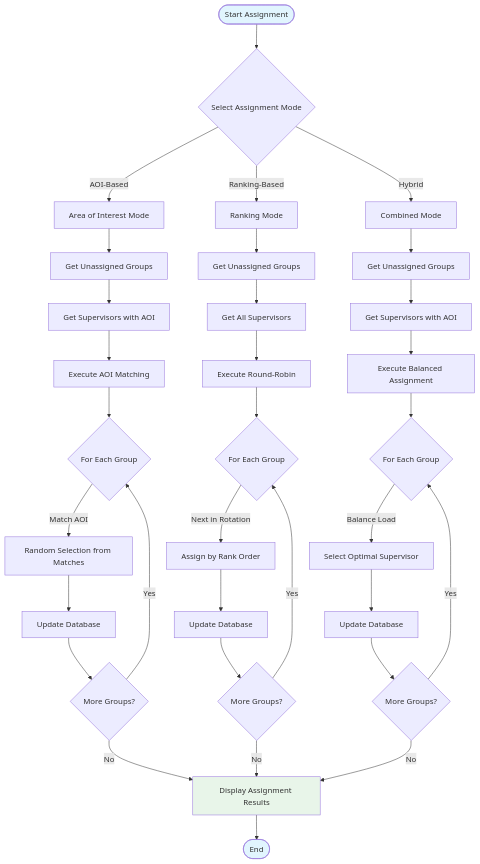
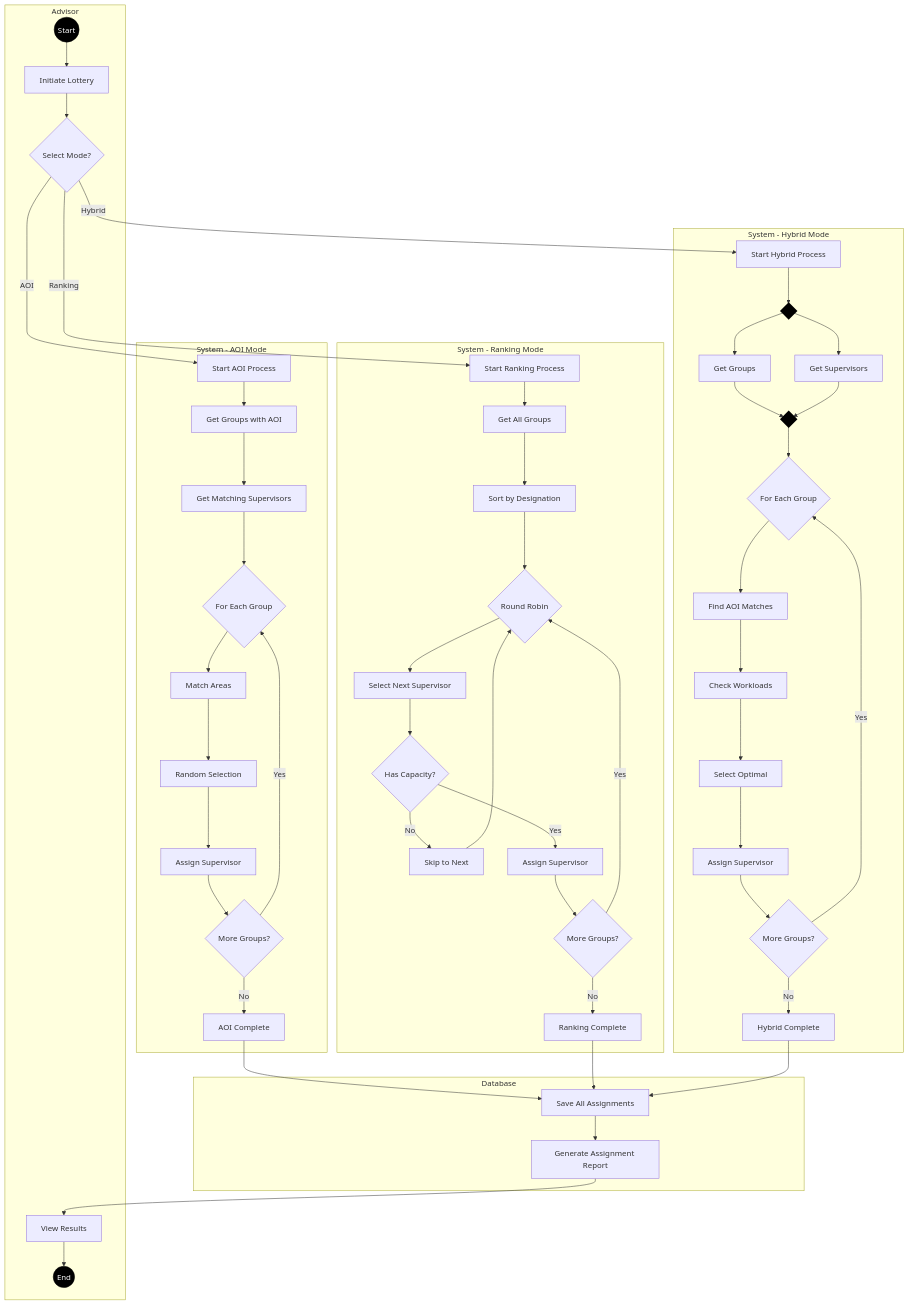
The third of 6 diagrams in activity.md (abdullah2323442/thesisrepo-backup), drawn with Mermaid before and after one commit. The commit also changed other lines of this file and 1 other file, not shown here.

First line of the commit message:
Add activity viewer page with Mermaid diagrams for thesis repository management system

````diff
--- a/activity.md
+++ b/activity.md
@@ -237,50 +130,72 @@
 ```mermaid
-graph TD
-    Start([Start Assignment]) --> SelectMode{Select Assignment Mode}
+graph TB
+    subgraph "Advisor"
+        Start3((Start))
+        Start3 --> InitLottery[Initiate Lottery]
+        InitLottery --> SelectMode{Select Mode?}
+    end
     
-    SelectMode -->|AOI-Based| AOIMode[Area of Interest Mode]
-    SelectMode -->|Ranking-Based| RankMode[Ranking Mode]
-    SelectMode -->|Hybrid| HybridMode[Combined Mode]
+    subgraph "System - AOI Mode"
+        SelectMode -->|AOI| AOIStart[Start AOI Process]
+        AOIStart --> GetAOIGroups[Get Groups with AOI]
+        GetAOIGroups --> GetAOISup[Get Matching Supervisors]
+        GetAOISup --> AOILoop{For Each Group}
+        AOILoop --> MatchAOI[Match Areas]
+        MatchAOI --> RandomPick[Random Selection]
+        RandomPick --> AssignAOI[Assign Supervisor]
+        AssignAOI --> MoreAOI{More Groups?}
+        MoreAOI -->|Yes| AOILoop
+        MoreAOI -->|No| AOIComplete[AOI Complete]
+    end
     
-    AOIMode --> GetGroups1[Get Unassigned Groups]
-    RankMode --> GetGroups2[Get Unassigned Groups]
-    HybridMode --> GetGroups3[Get Unassigned Groups]
+    subgraph "System - Ranking Mode"
+        SelectMode -->|Ranking| RankStart[Start Ranking Process]
+        RankStart --> GetAllGroups[Get All Groups]
+        GetAllGroups --> SortSupervisors[Sort by Designation]
+        SortSupervisors --> RankLoop{Round Robin}
+        RankLoop --> NextInLine[Select Next Supervisor]
+        NextInLine --> CheckCapacity{Has Capacity?}
+        CheckCapacity -->|No| SkipSup[Skip to Next]
+        SkipSup --> RankLoop
+        CheckCapacity -->|Yes| AssignRank[Assign Supervisor]
+        AssignRank --> MoreRank{More Groups?}
+        MoreRank -->|Yes| RankLoop
+        MoreRank -->|No| RankComplete[Ranking Complete]
+    end
     
-    GetGroups1 --> GetSupervisors1[Get Supervisors with AOI]
-    GetGroups2 --> GetSupervisors2[Get All Supervisors]
-    GetGroups3 --> GetSupervisors3[Get Supervisors with AOI]
+    subgraph "System - Hybrid Mode"
+        SelectMode -->|Hybrid| HybridStart[Start Hybrid Process]
+        HybridStart --> Fork4{" "}
+        Fork4 --> GetHybridGroups[Get Groups]
+        Fork4 --> GetHybridSup[Get Supervisors]
+        
+        GetHybridGroups --> Join4{" "}
+        GetHybridSup --> Join4
+        
+        Join4 --> HybridLoop{For Each Group}
+        HybridLoop --> FindMatches[Find AOI Matches]
+        FindMatches --> CheckLoads[Check Workloads]
+        CheckLoads --> SelectOptimal[Select Optimal]
+        SelectOptimal --> AssignHybrid[Assign Supervisor]
+        AssignHybrid --> MoreHybrid{More Groups?}
+        MoreHybrid -->|Yes| HybridLoop
+        MoreHybrid -->|No| HybridComplete[Hybrid Complete]
+    end
     
-    GetSupervisors1 --> AOIAlgorithm[Execute AOI Matching]
-    GetSupervisors2 --> RankAlgorithm[Execute Round-Robin]
-    GetSupervisors3 --> HybridAlgorithm[Execute Balanced Assignment]
+    subgraph "Database"
+        AOIComplete --> SaveResults[Save All Assignments]
+        RankComplete --> SaveResults
+        HybridComplete --> SaveResults
+        SaveResults --> GenerateReport[Generate Assignment Report]
+    end
     
-    AOIAlgorithm --> ProcessGroups1{For Each Group}
-    RankAlgorithm --> ProcessGroups2{For Each Group}
-    HybridAlgorithm --> ProcessGroups3{For Each Group}
+    subgraph "Advisor"
+        GenerateReport --> ViewResults[View Results]
+        ViewResults --> End3((End))
+    end
     
-    ProcessGroups1 -->|Match AOI| RandomSelect[Random Selection from Matches]
-    ProcessGroups2 -->|Next in Rotation| AssignByRank[Assign by Rank Order]
-    ProcessGroups3 -->|Balance Load| OptimalSelect[Select Optimal Supervisor]
-    
-    RandomSelect --> UpdateDB1[Update Database]
-    AssignByRank --> UpdateDB2[Update Database]
-    OptimalSelect --> UpdateDB3[Update Database]
-    
-    UpdateDB1 --> CheckMore1{More Groups?}
-    UpdateDB2 --> CheckMore2{More Groups?}
-    UpdateDB3 --> CheckMore3{More Groups?}
-    
-    CheckMore1 -->|Yes| ProcessGroups1
-    CheckMore2 -->|Yes| ProcessGroups2
-    CheckMore3 -->|Yes| ProcessGroups3
-    
-    CheckMore1 -->|No| ShowResults[Display Assignment Results]
-    CheckMore2 -->|No| ShowResults
-    CheckMore3 -->|No| ShowResults
-    
-    ShowResults --> End([End])
-    
-    style Start fill:#e1f5fe
-    style End fill:#e1f5fe
-    style ShowResults fill:#e8f5e9
+    style Start3 fill:#000,stroke:#000,color:#fff
+    style End3 fill:#000,stroke:#000,color:#fff
+    style Fork4 fill:#000,stroke:#000,stroke-width:4px
+    style Join4 fill:#000,stroke:#000,stroke-width:4px
 ```
````
